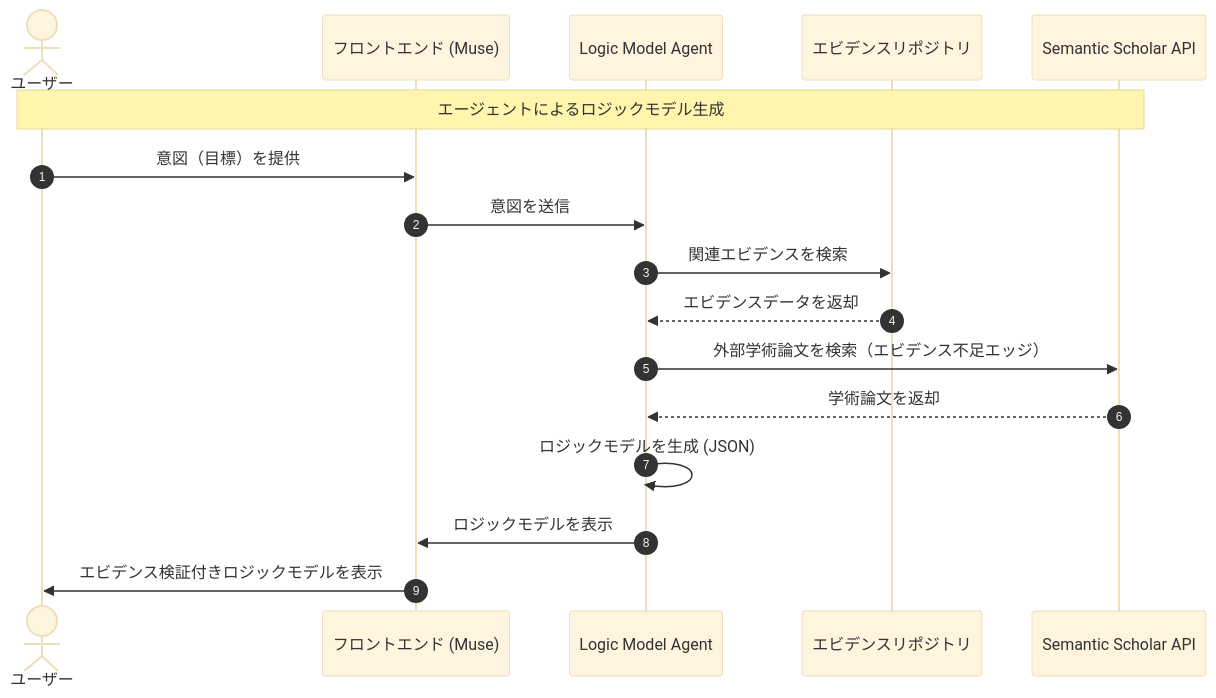
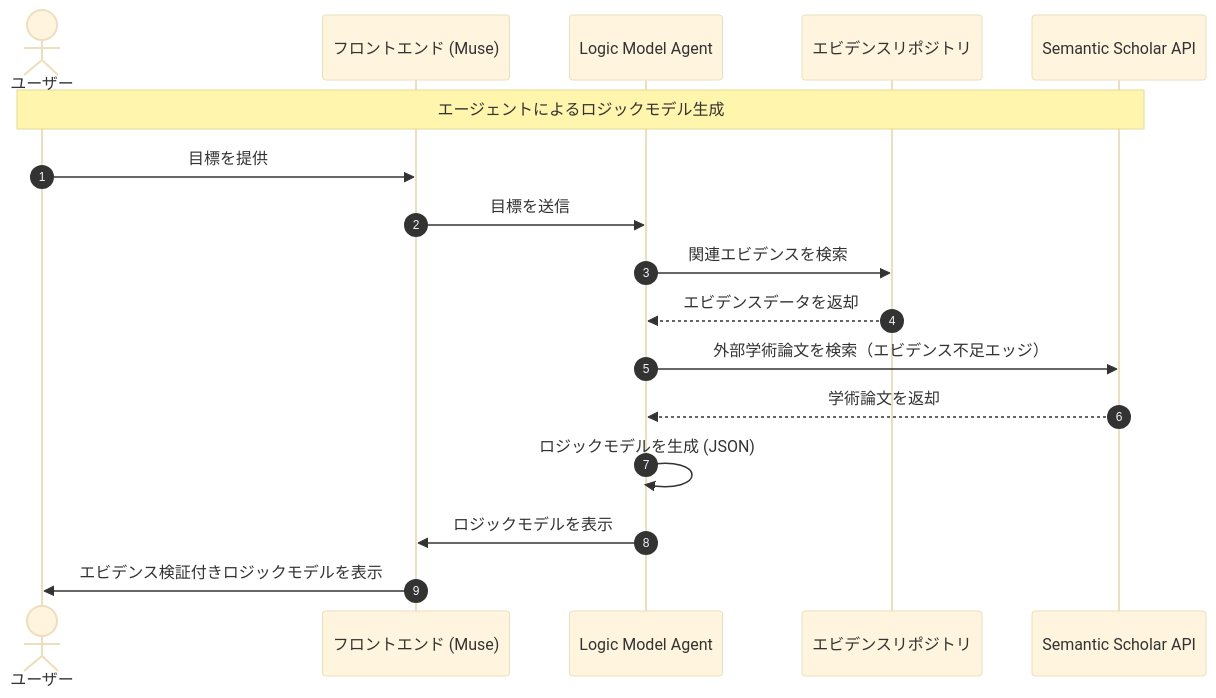
Before and after one commit to beaconlabs-io/muse: the first of 2 diagrams in DEV.ja.md, drawn with Mermaid (base theme). The commit also changed other lines of this file, not shown here.

Commit message:
docs: rm unused char

````diff
--- a/DEV.ja.md
+++ b/DEV.ja.md
@@ -5,21 +5,21 @@
 ```mermaid
 sequenceDiagram
     autonumber
     actor User as ユーザー
     participant FE as フロントエンド (Muse)
     participant Agent as Logic Model Agent
     participant Evidence as エビデンスリポジトリ
     participant SS as Semantic Scholar API
 
     Note over User, SS: エージェントによるロジックモデル生成
 
-    User->>FE: 意図（目標）を提供
-    FE->>Agent: 意図を送信
+    User->>FE: 目標を提供
+    FE->>Agent: 目標を送信
     Agent->>Evidence: 関連エビデンスを検索
     Evidence-->>Agent: エビデンスデータを返却
     Agent->>SS: 外部学術論文を検索（エビデンス不足エッジ）
     SS-->>Agent: 学術論文を返却
     Agent->>Agent: ロジックモデルを生成 (JSON)
     Agent->>FE: ロジックモデルを表示
     FE->>User: エビデンス検証付きロジックモデルを表示
 ```
````
